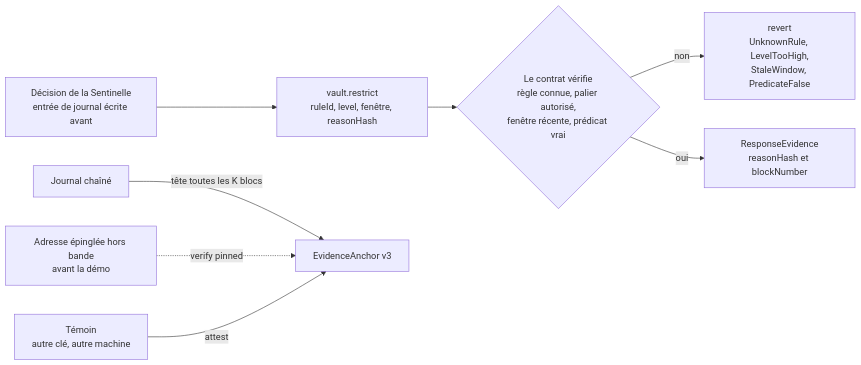
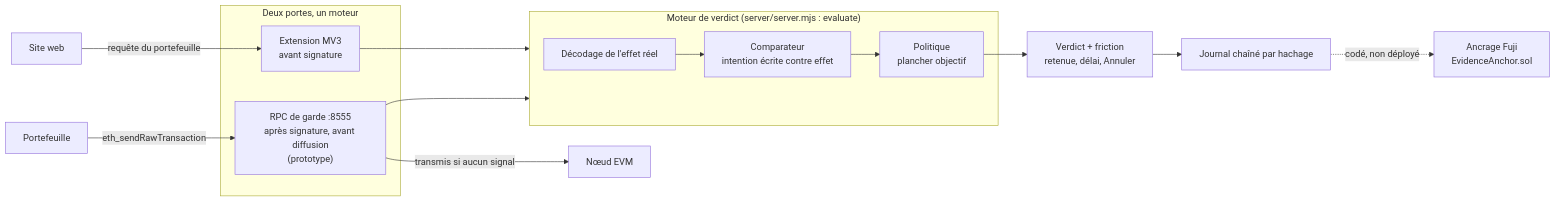
One commit to adembnn/secure-horizon changed the diagram in docs/architecture.md. Above: the diagram before and after it, drawn with Mermaid. The commit also changed other lines of this file and 2 other files, not shown here.

````diff
--- a/docs/architecture.md
+++ b/docs/architecture.md
@@ -325,10 +27,18 @@
 ```mermaid
 flowchart LR
-  DEC["Décision de la Sentinelle<br/>entrée de journal écrite avant"] --> RST["vault.restrict<br/>ruleId, level, fenêtre, reasonHash"]
-  RST --> CHK{"Le contrat vérifie<br/>règle connue, palier autorisé,<br/>fenêtre récente, prédicat vrai"}
-  CHK -- non --> REV["revert<br/>UnknownRule, LevelTooHigh,<br/>StaleWindow, PredicateFalse"]
-  CHK -- oui --> EVT["ResponseEvidence<br/>reasonHash et blockNumber"]
-  J["Journal chaîné"] -- "tête toutes les K blocs" --> ANC["EvidenceAnchor v3"]
-  PIN["Adresse épinglée hors bande<br/>avant la démo"] -. "verify pinned" .-> ANC
-  WIT["Témoin<br/>autre clé, autre machine"] -- "attest" --> ANC
+  subgraph portes["Deux portes, un moteur"]
+    EXT["Extension MV3<br/>avant signature"]
+    RPC["RPC de garde :8555<br/>après signature, avant diffusion<br/>(prototype)"]
+  end
+  SITE["Site web"] -->|"requête du portefeuille"| EXT
+  WAL["Portefeuille"] -->|"eth_sendRawTransaction"| RPC
+  EXT --> ENG
+  RPC --> ENG
+  subgraph ENG["Moteur de verdict (server/server.mjs : evaluate)"]
+    D["Décodage de l'effet réel"] --> C["Comparateur<br/>intention écrite contre effet"] --> P["Politique<br/>plancher objectif"]
+  end
+  P --> V["Verdict + friction<br/>retenue, délai, Annuler"]
+  V --> J["Journal chaîné par hachage"]
+  J -.->|"codé, non déployé"| A["Ancrage Fuji<br/>EvidenceAnchor.sol"]
+  RPC -->|"transmis si aucun signal"| NODE["Nœud EVM"]
 ```
````
